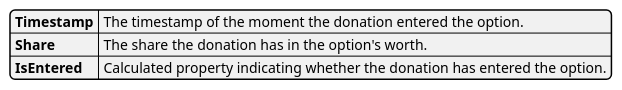
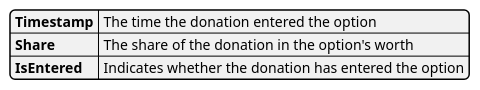
One commit to joost-morsink/FF-admin-module changed the third of 3 diagrams in wiki/models/option_worths.md. Above: the diagram before and after it, drawn with PlantUML. The commit also changed other lines of this file and 21 other files, not shown here.

````diff
--- a/wiki/models/option_worths.md
+++ b/wiki/models/option_worths.md
@@ -61,7 +64,7 @@
 ```plantuml
 @startyaml
-Timestamp: The timestamp of the moment the donation entered the option.
-Share: The share the donation has in the option's worth.
-IsEntered: Calculated property indicating whether the donation has entered the option.
+Timestamp: The time the donation entered the option
+Share: The share of the donation in the option's worth
+IsEntered: Indicates whether the donation has entered the option
 @endyaml
 ```
````
